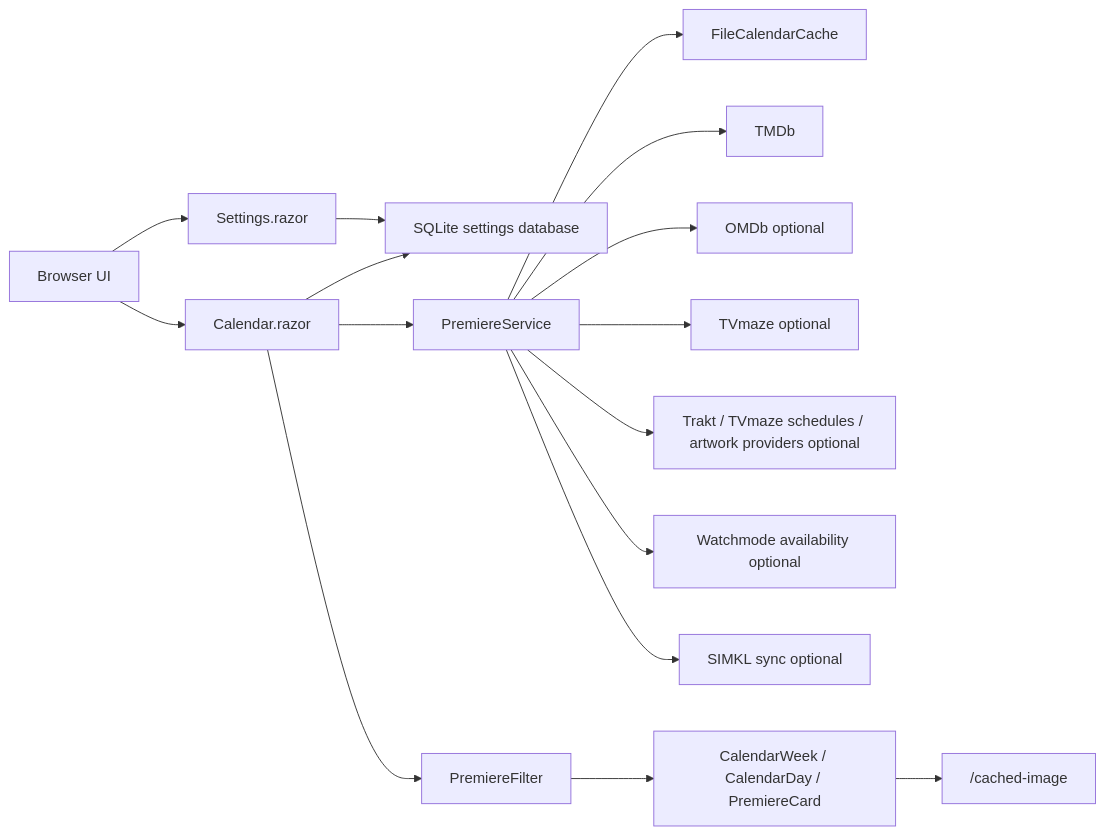
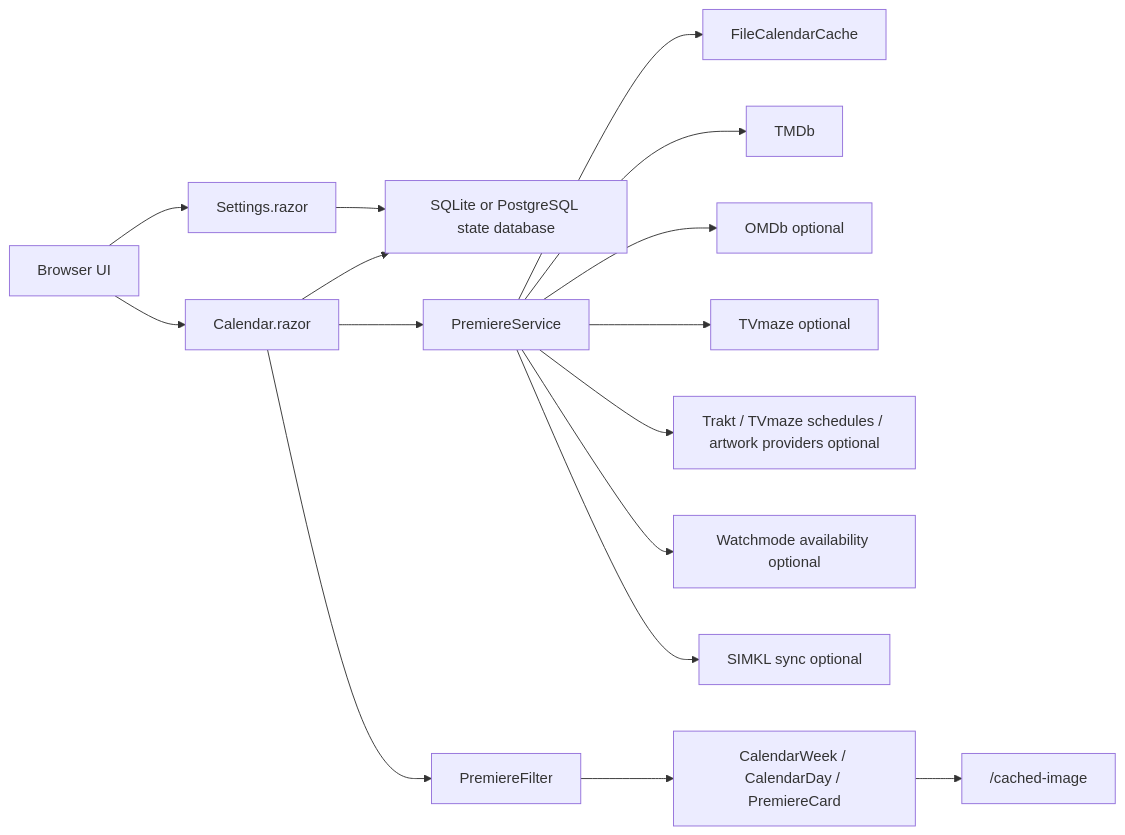
The diagram in docs/HowItWorks.md (Belgian-Coder/PremiereCalendar), drawn with Mermaid before and after one commit. The commit also changed other lines of this file and 37 other files, not shown here.

Commit message:
Add PostgreSQL container deployment

````diff
--- a/docs/HowItWorks.md
+++ b/docs/HowItWorks.md
@@ -9,18 +9,18 @@
 ```mermaid
 flowchart LR
     Browser["Browser UI"] --> Page["Calendar.razor"]
     Browser --> Settings["Settings.razor"]
-    Settings --> SettingsDb["SQLite settings database"]
+    Settings --> SettingsDb["SQLite or PostgreSQL state database"]
     Page --> SettingsDb
     Page --> Service["PremiereService"]
     Service --> WeekCache["FileCalendarCache"]
     Service --> Tmdb["TMDb"]
     Service --> Omdb["OMDb optional"]
     Service --> Tvmaze["TVmaze optional"]
     Service --> Providers["Trakt / TVmaze schedules / artwork providers optional"]
     Service --> Watchmode["Watchmode availability optional"]
     Service --> Simkl["SIMKL sync optional"]
     Page --> Filter["PremiereFilter"]
     Filter --> Cards["CalendarWeek / CalendarDay / PremiereCard"]
     Cards --> ImageCache["/cached-image"]
 ```
````
